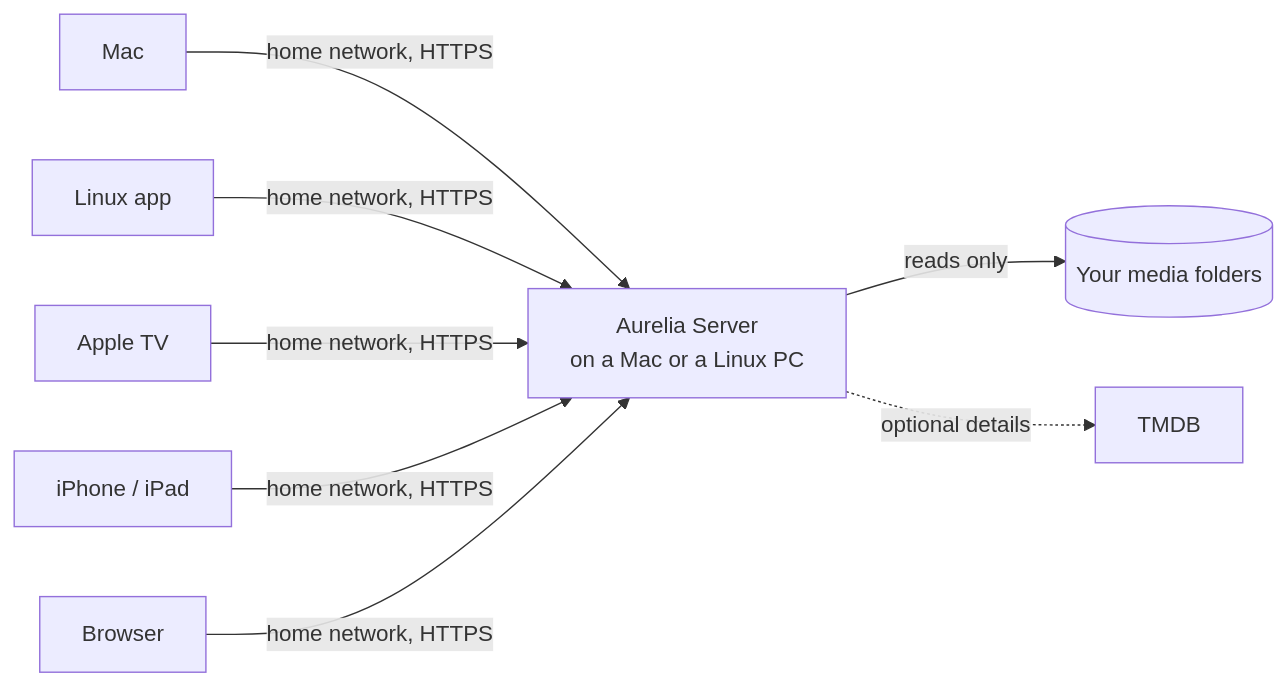
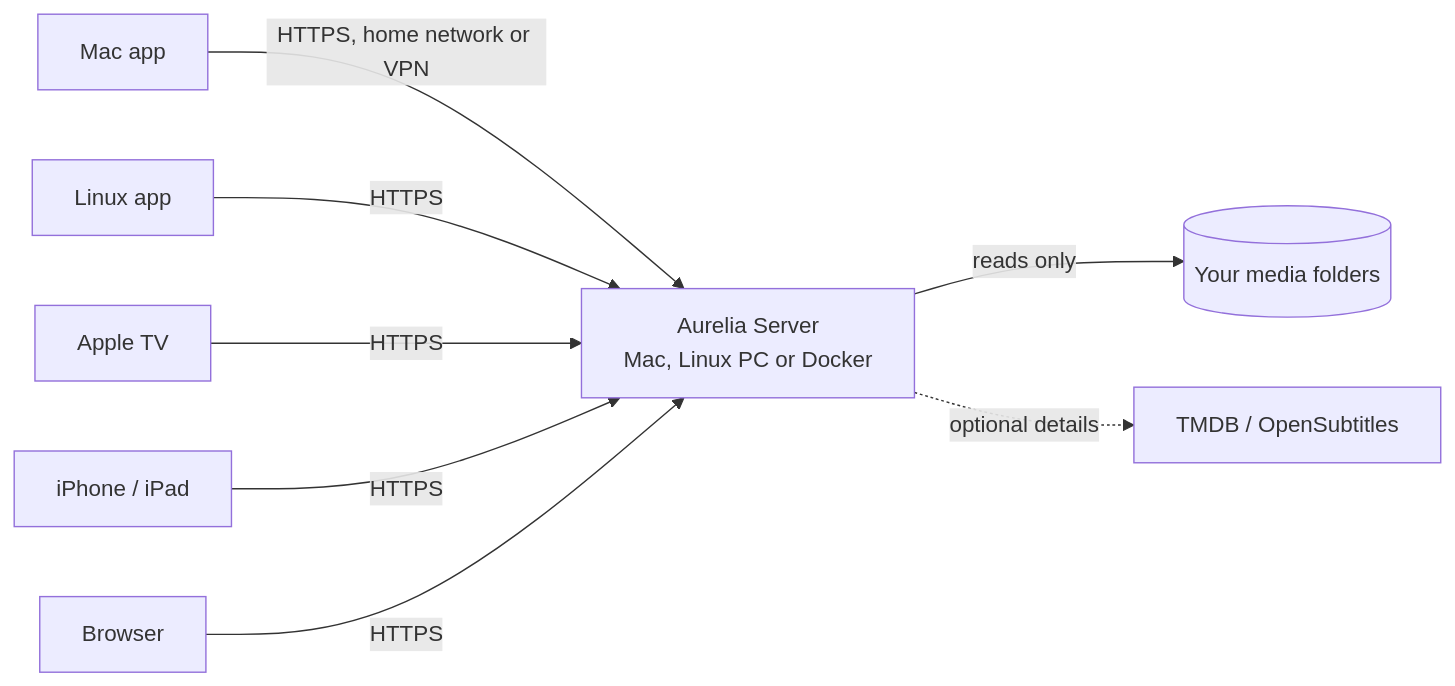
Before and after one commit to lucaskleinsteuber/Aurelia: the diagram in README.md, drawn with Mermaid. The commit also changed other lines of this file and 314 other files, not shown here.

````diff
--- a/README.md
+++ b/README.md
@@ -94,10 +162,10 @@
 ```mermaid
 flowchart LR
-    mac["Mac"] -- "home network, HTTPS" --> server
-    linux["Linux app"] -- "home network, HTTPS" --> server
-    tv["Apple TV"] -- "home network, HTTPS" --> server
-    ios["iPhone / iPad"] -- "home network, HTTPS" --> server
-    web["Browser"] -- "home network, HTTPS" --> server
-    server["Aurelia Server<br/>on a Mac or a Linux PC"] -- "reads only" --> media[("Your media folders")]
-    server -. "optional details" .-> tmdb["TMDB"]
+    mac["Mac app"] -- "HTTPS, home network or VPN" --> server
+    linux["Linux app"] -- "HTTPS" --> server
+    tv["Apple TV"] -- "HTTPS" --> server
+    ios["iPhone / iPad"] -- "HTTPS" --> server
+    web["Browser"] -- "HTTPS" --> server
+    server["Aurelia Server<br/>Mac, Linux PC or Docker"] -- "reads only" --> media[("Your media folders")]
+    server -. "optional details" .-> tmdb["TMDB / OpenSubtitles"]
 ```
````
